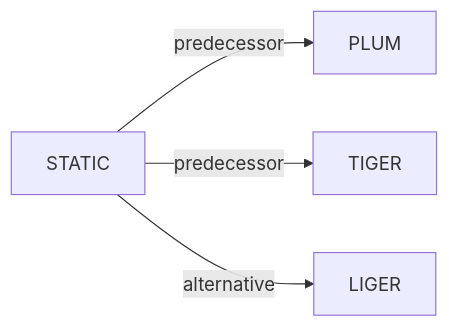
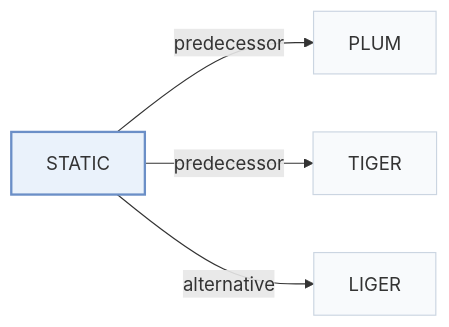
One commit to Galaxy-ghost/Awesome-SID-Generative-Rec changed the second of 2 diagrams in pages/papers/static.md. Above: the diagram before and after it, drawn with Mermaid. The commit also changed other lines of this file and 649 other files, not shown here.

Commit message:
writer-05: also tags and modality index (schema, check, build, visuals); summary field removed; calibration data for 12 papers

````diff
--- a/pages/papers/static.md
+++ b/pages/papers/static.md
@@ -69,7 +73,11 @@
 ```mermaid
 flowchart LR
     P["STATIC"]
-    P -->|predecessor| A["PLUM"]
-    P -->|predecessor| B["TIGER"]
-    P -->|alternative| C["LIGER"]
+    P -->|"predecessor"| A["PLUM"]
+    P -->|"predecessor"| B["TIGER"]
+    P -->|"alternative"| C["LIGER"]
+    classDef main fill:#eaf2fb,stroke:#6b8fc7,stroke-width:2px
+    classDef peer fill:#f8fafc,stroke:#cbd5e1
+    class P main
+    class A,B,C peer
 ```
````
